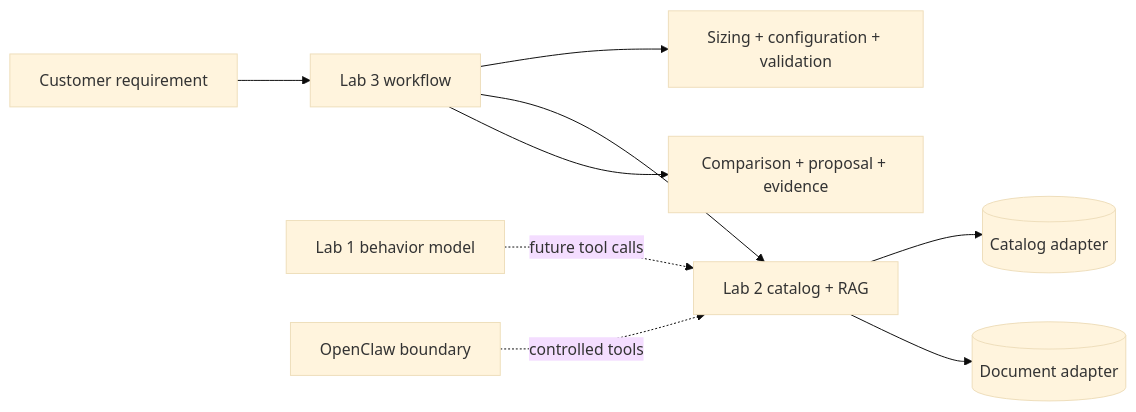
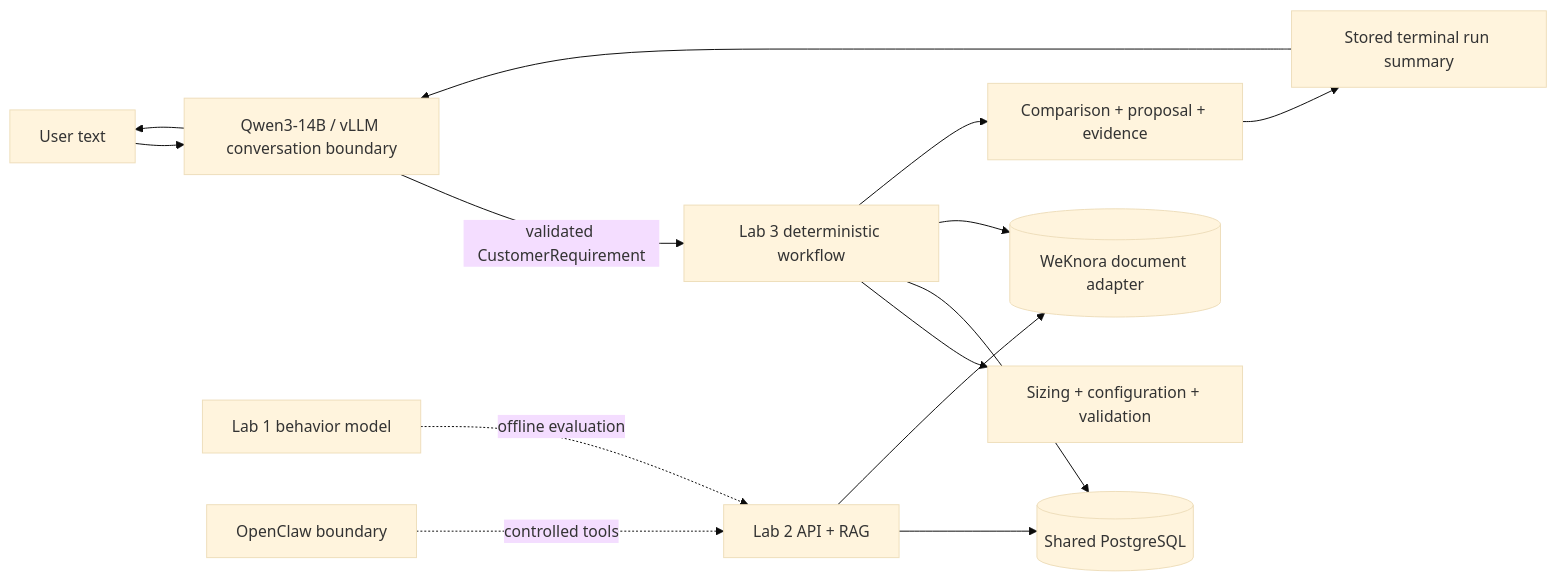
One commit to CmKings173/lab-demo changed the diagram in docs/architecture.md. Above: the diagram before and after it, drawn with Mermaid (base theme). The commit also changed other lines of this file and 61 other files, not shown here.

Commit message:
feat: complete lab2 runtime and lab3 conversation workflow

````diff
--- a/docs/architecture.md
+++ b/docs/architecture.md
@@ -9,11 +9,16 @@
 ```mermaid
 flowchart LR
-  U[Customer requirement] --> L3[Lab 3 workflow]
+  U[User text] --> Q[Qwen3-14B / vLLM conversation boundary]
+  Q -->|validated CustomerRequirement| L3[Lab 3 deterministic workflow]
   L3 --> S[Sizing + configuration + validation]
-  L3 --> L2[Lab 2 catalog + RAG]
-  L2 --> C[(Catalog adapter)]
-  L2 --> D[(Document adapter)]
+  L3 --> DB[(Shared PostgreSQL)]
+  L3 --> D[(WeKnora document adapter)]
+  L2[Lab 2 API + RAG] --> DB
+  L2 --> D[(WeKnora document adapter)]
   L3 --> P[Comparison + proposal + evidence]
-  L1[Lab 1 behavior model] -. future tool calls .-> L2
+  P --> R[Stored terminal run summary]
+  R --> Q
+  Q --> U
+  L1[Lab 1 behavior model] -. offline evaluation .-> L2
   OC[OpenClaw boundary] -. controlled tools .-> L2
 ```
````
